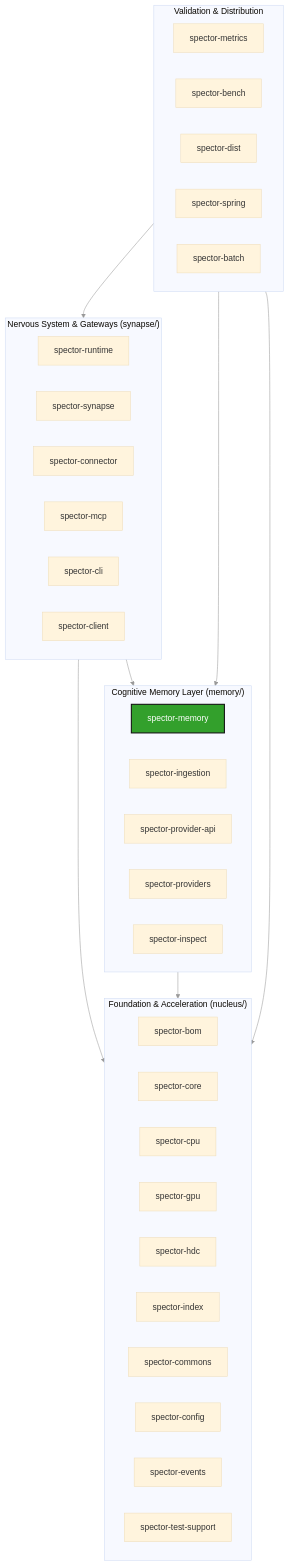
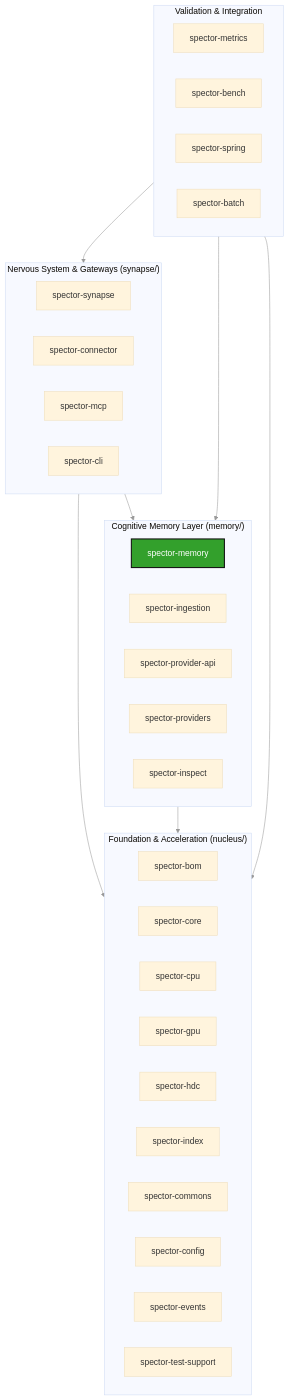
The diagram in PROJECT_CONTEXT.md (spectrayan/spector), drawn with Mermaid (base theme) before and after one commit. The commit also changed other lines of this file and 125 other files, not shown here.

First line of the commit message:
refactor(synapse): consolidate mcp and cli into spectorctl, decommission runtime dist and client (#658)

````diff
--- a/PROJECT_CONTEXT.md
+++ b/PROJECT_CONTEXT.md
@@ -50,52 +50,49 @@
 ```mermaid
 graph TD
-    subgraph infrastructure ["Validation & Distribution"]
+    subgraph infrastructure ["Validation & Integration"]
         metrics[spector-metrics]
         bench[spector-bench]
-        dist[spector-dist]
         spring[spector-spring]
         batch[spector-batch]
     end
 
     subgraph run_layer ["Nervous System & Gateways (synapse/)"]
-        runtime[spector-runtime]
         synapse[spector-synapse]
         connector[spector-connector]
         mcp[spector-mcp]
         cli[spector-cli]
-        client[spector-client]
     end
 
     subgraph intelligence ["Cognitive Memory Layer (memory/)"]
         memory[spector-memory]
         ingestion[spector-ingestion]
         provider_api[spector-provider-api]
         providers[spector-providers]
         inspect[spector-inspect]
     end
 
     subgraph foundation ["Foundation & Acceleration (nucleus/)"]
         bom[spector-bom]
         core[spector-core]
         cpu[spector-cpu]
         gpu[spector-gpu]
         hdc[spector-hdc]
         index[spector-index]
         commons[spector-commons]
         config[spector-config]
         events[spector-events]
         testsupport[spector-test-support]
     end
 
     %% Dependency mappings
     run_layer --> intelligence
     run_layer --> foundation
     intelligence --> foundation
     infrastructure --> intelligence
     infrastructure --> run_layer
     infrastructure --> foundation
 
     %% Boundary rules
     style memory fill:#33a02c,stroke:#111,stroke-width:2px,color:#fff
     linkStyle 0,1,2,3,4,5 stroke:#999,stroke-width:1px;
 ```
````
